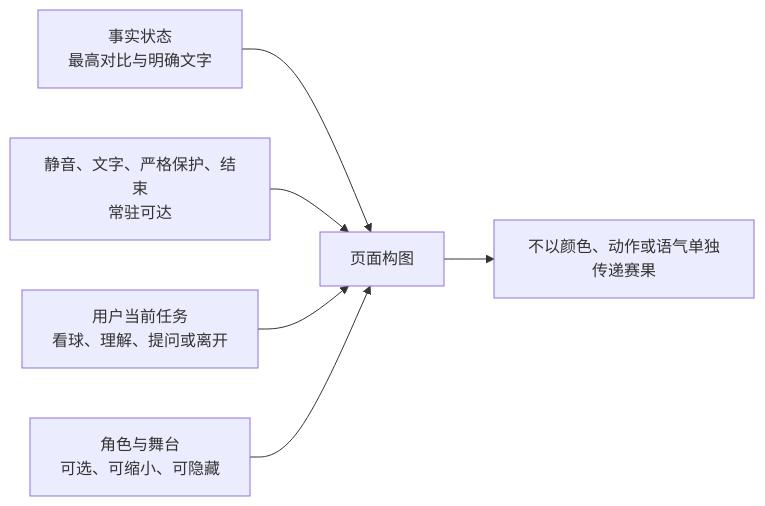
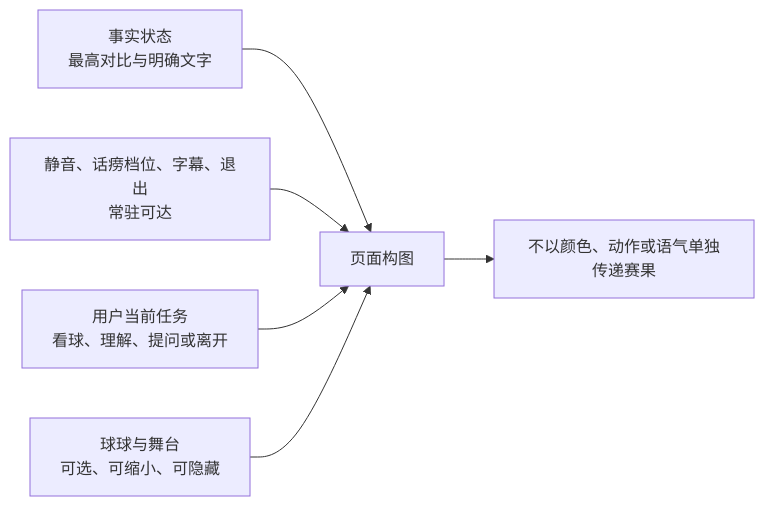
The third of 12 diagrams in docs/球球全套资料/4.产品设计/34-用户端页面与视觉规格.md (weiz98417-crypto/qiuqiu), drawn with Mermaid before and after one commit. The commit also changed other lines of this file and 49 other files, not shown here.

````diff
--- a/docs/球球全套资料/4.产品设计/34-用户端页面与视觉规格.md
+++ b/docs/球球全套资料/4.产品设计/34-用户端页面与视觉规格.md
@@ -114,8 +112,8 @@
 ```mermaid
 flowchart LR
     Fact[事实状态\n最高对比与明确文字] --> Layout[页面构图]
-    Control[静音、文字、严格保护、结束\n常驻可达] --> Layout
+    Control[静音、话痨档位、字幕、退出\n常驻可达] --> Layout
     Task[用户当前任务\n看球、理解、提问或离开] --> Layout
-    Avatar[角色与舞台\n可选、可缩小、可隐藏] --> Layout
+    Avatar[球球与舞台\n可选、可缩小、可隐藏] --> Layout
     Layout --> NoSpoil[不以颜色、动作或语气单独传递赛果]
 ```
````
